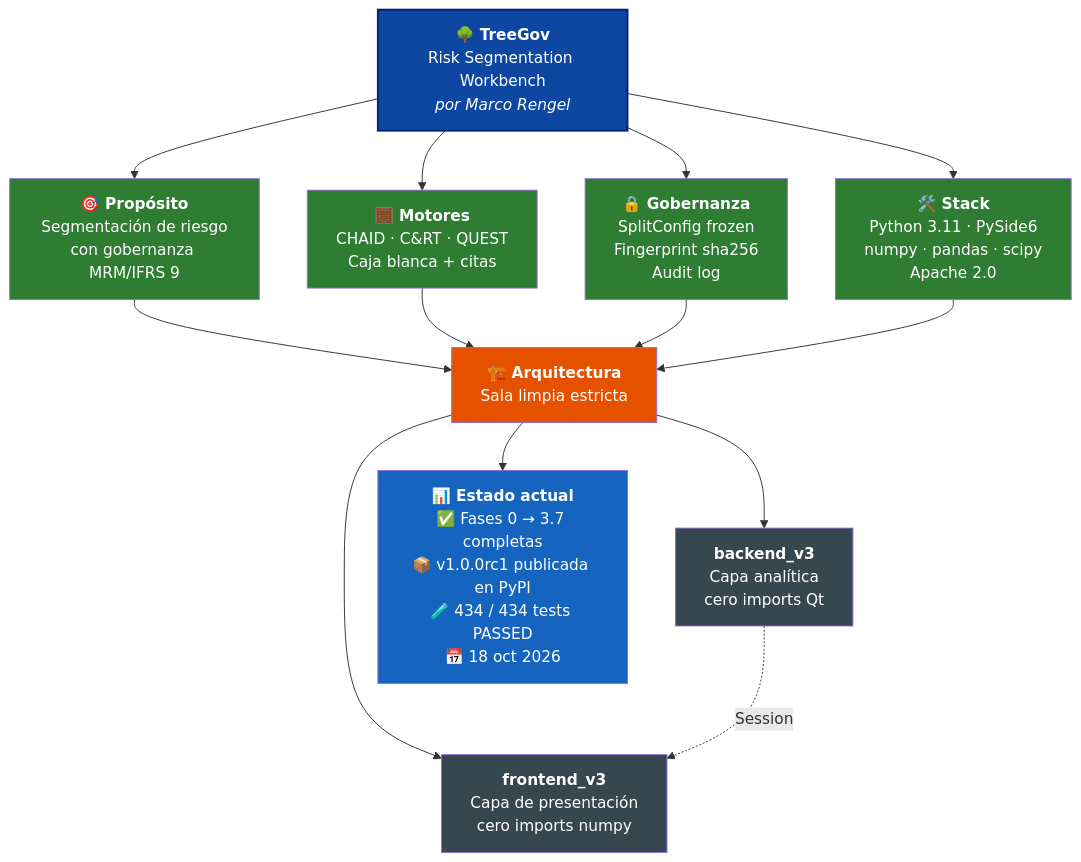
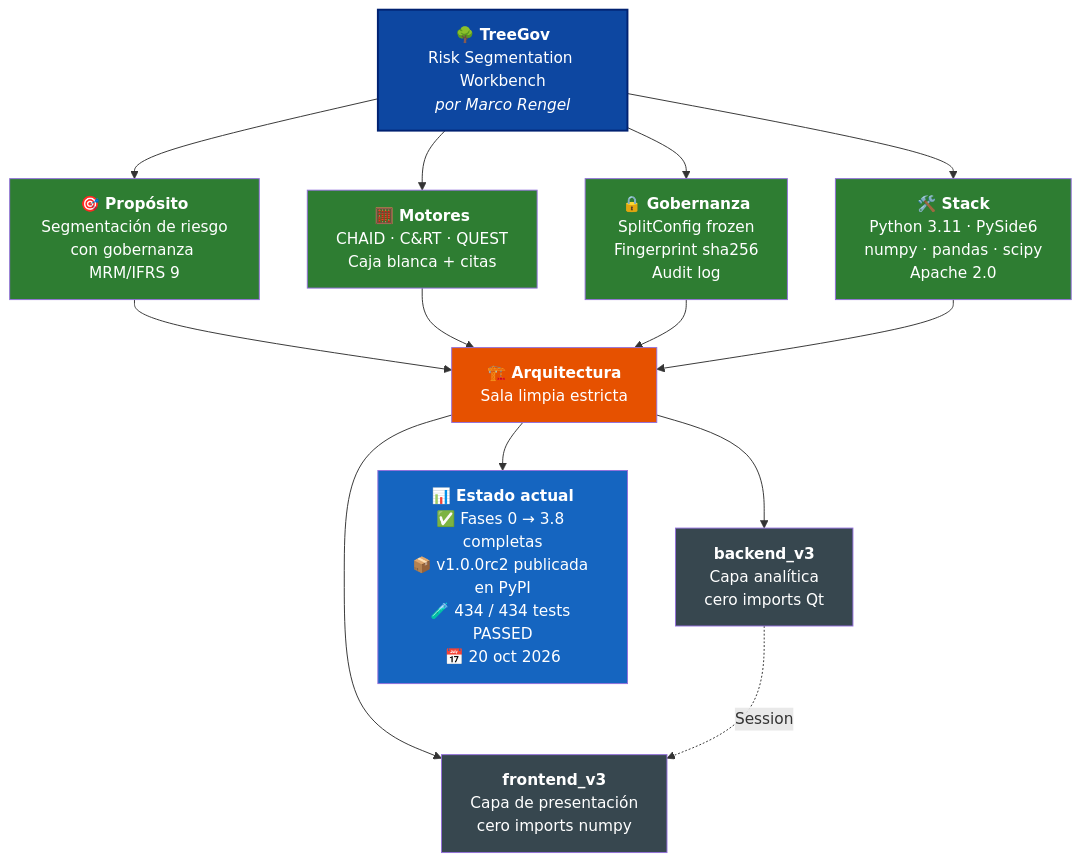
One commit to Marco-Rengel/treegov changed the diagram in README.es.md. Above: the diagram before and after it, drawn with Mermaid. The commit also changed other lines of this file and 7 other files, not shown here.

````diff
--- a/README.es.md
+++ b/README.es.md
@@ -36,31 +36,31 @@
 ```mermaid
 flowchart TB
     TG["<b>🌳 TreeGov</b><br/>Risk Segmentation Workbench<br/><i>por Marco Rengel</i>"]
 
     TG --> P["<b>🎯 Propósito</b><br/>Segmentación de riesgo<br/>con gobernanza MRM/IFRS 9"]
     TG --> M["<b>🧮 Motores</b><br/>CHAID · C&RT · QUEST<br/>Caja blanca + citas"]
     TG --> G["<b>🔒 Gobernanza</b><br/>SplitConfig frozen<br/>Fingerprint sha256<br/>Audit log"]
     TG --> S["<b>🛠️ Stack</b><br/>Python 3.11 · PySide6<br/>numpy · pandas · scipy<br/>Apache 2.0"]
 
     P --> ARQ["<b>🏗️ Arquitectura</b><br/>Sala limpia estricta"]
     M --> ARQ
     G --> ARQ
     S --> ARQ
 
     ARQ --> BE["<b>backend_v3</b><br/>Capa analítica<br/>cero imports Qt"]
     ARQ --> FE["<b>frontend_v3</b><br/>Capa de presentación<br/>cero imports numpy"]
 
     BE -.->|Session| FE
 
-    ARQ --> ST["<b>📊 Estado actual</b><br/>✅ Fases 0 → 3.7 completas<br/>📦 v1.0.0rc1 publicada en PyPI<br/>🧪 434 / 434 tests PASSED<br/>📅 18 oct 2026"]
+    ARQ --> ST["<b>📊 Estado actual</b><br/>✅ Fases 0 → 3.8 completas<br/>📦 v1.0.0rc2 publicada en PyPI<br/>🧪 434 / 434 tests PASSED<br/>📅 20 oct 2026"]
 
     style TG fill:#0D47A1,color:#fff,stroke:#002171,stroke-width:2px
     style P fill:#2E7D32,color:#fff
     style M fill:#2E7D32,color:#fff
     style G fill:#2E7D32,color:#fff
     style S fill:#2E7D32,color:#fff
     style ARQ fill:#E65100,color:#fff
     style BE fill:#37474F,color:#fff
     style FE fill:#37474F,color:#fff
     style ST fill:#1565C0,color:#fff
 ```
````
